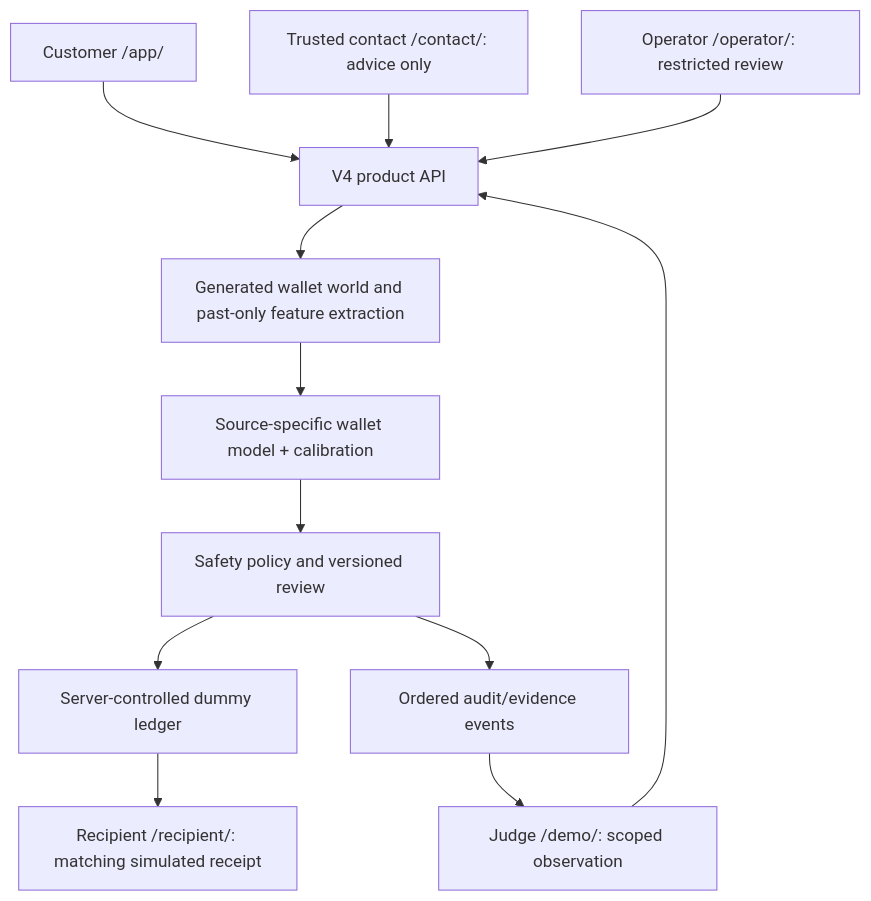
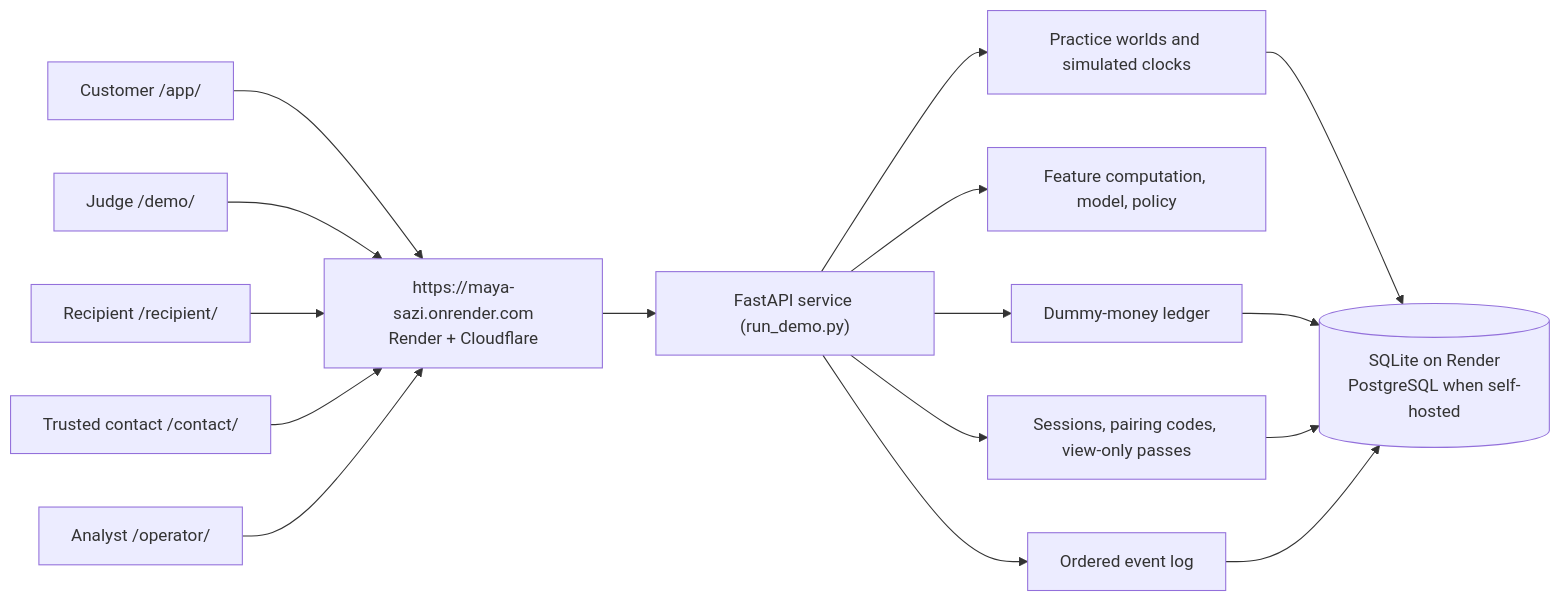
Before and after one commit to ldcode20/MAYA-SAZI: the second of 2 diagrams in README.md, drawn with Mermaid. The commit also changed other lines of this file, not shown here.

First line of the commit message:
README: lead with the live site and the product it runs

````diff
--- a/README.md
+++ b/README.md
@@ -168,14 +164,15 @@
 ```mermaid
-flowchart TD
-    A["Customer /app/"] --> B["V4 product API"]
-    C["Judge /demo/: scoped observation"] --> B
-    D["Trusted contact /contact/: advice only"] --> B
-    E["Operator /operator/: restricted review"] --> B
-    B --> F["Generated wallet world and past-only feature extraction"]
-    F --> G["Source-specific wallet model + calibration"]
-    G --> H["Safety policy and versioned review"]
-    H --> I["Server-controlled dummy ledger"]
-    I --> J["Recipient /recipient/: matching simulated receipt"]
-    H --> K["Ordered audit/evidence events"]
-    K --> C
+flowchart LR
+    P1["Customer /app/"] --> S
+    P2["Judge /demo/"] --> S
+    P3["Recipient /recipient/"] --> S
+    P4["Trusted contact /contact/"] --> S
+    P5["Analyst /operator/"] --> S
+    S["https://maya-sazi.onrender.com<br/>Render + Cloudflare"] --> A["FastAPI service (run_demo.py)"]
+    A --> W["Practice worlds and simulated clocks"]
+    A --> F["Feature computation, model, policy"]
+    A --> L["Dummy-money ledger"]
+    A --> G["Sessions, pairing codes, view-only passes"]
+    A --> E["Ordered event log"]
+    W & L & G & E --> D[("SQLite on Render<br/>PostgreSQL when self-hosted")]
 ```
````
